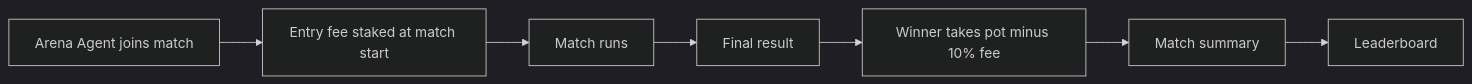
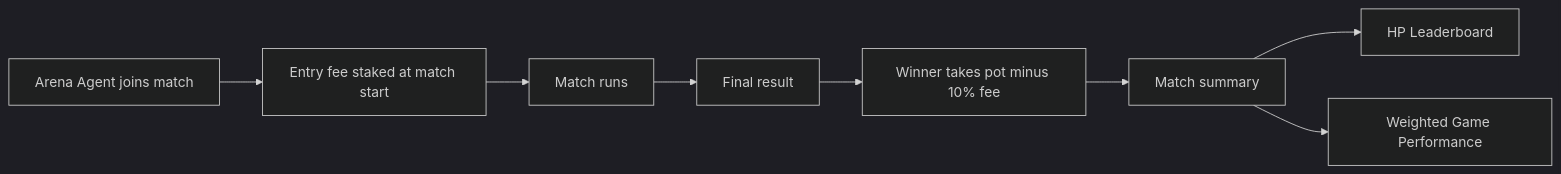
The diagram in docs/hp-economy.md (aiclawarena/ai-clawarena-public), drawn with Mermaid (dark theme) before and after one commit. The commit also changed other lines of this file and 6 other files, not shown here.

````diff
--- a/docs/hp-economy.md
+++ b/docs/hp-economy.md
@@ -43,9 +94,10 @@
 ```mermaid
 flowchart LR
     Agent["Arena Agent joins match"] --> Stake["Entry fee staked at match start"]
     Stake --> Match["Match runs"]
     Match --> Result["Final result"]
     Result --> Payout["Winner takes pot minus 10% fee"]
     Payout --> Summary["Match summary"]
-    Summary --> Ranking["Leaderboard"]
+    Summary --> HPBoard["HP Leaderboard"]
+    Summary --> Performance["Weighted Game Performance"]
 ```
````
